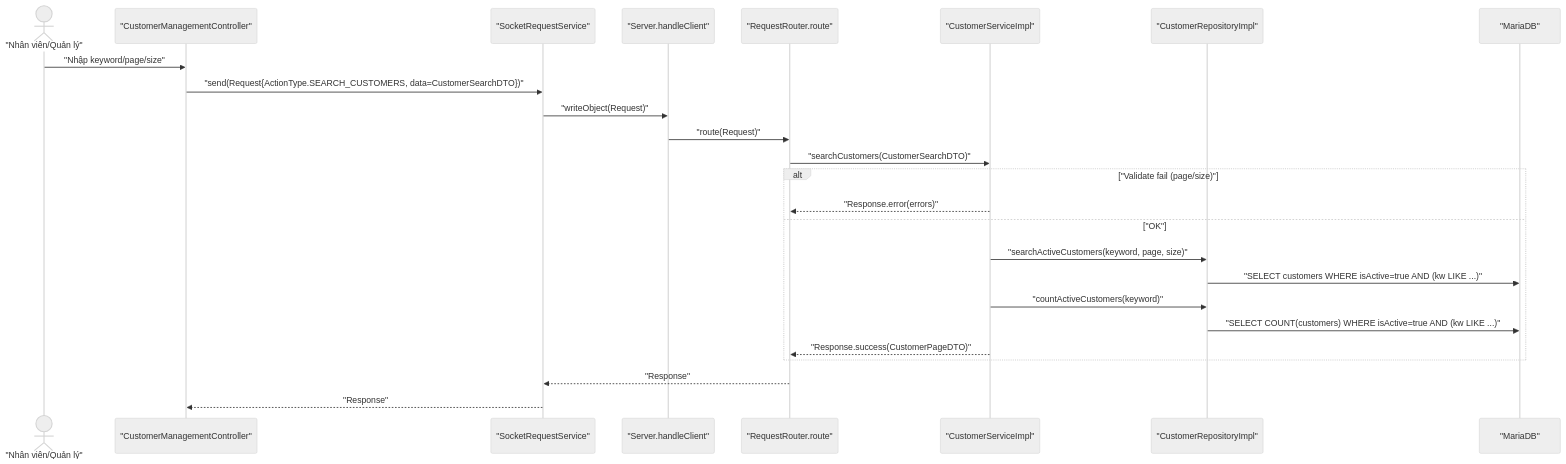
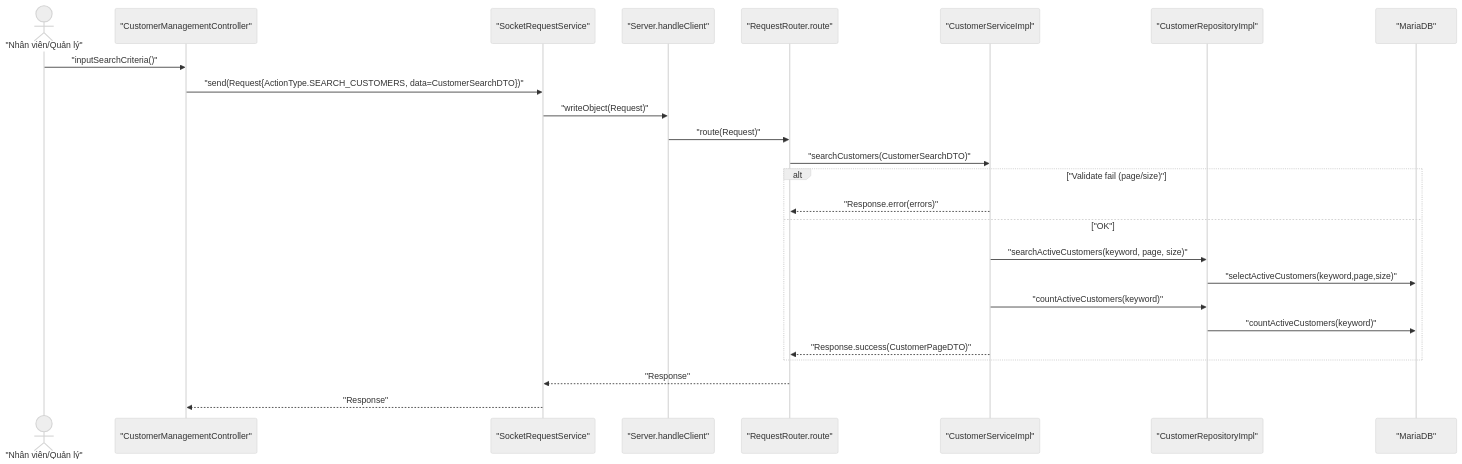
The diagram in docs/diagrams/sequence/uc004-tim-kiem-khach-hang.md (Distributed-Programing-Project/railway-reservation-system-server), drawn with Mermaid (neutral theme) before and after one commit. The commit also changed other lines of this file and 6 other files, not shown here.

Commit message:
fix: syntax diagram

````diff
--- a/docs/diagrams/sequence/uc004-tim-kiem-khach-hang.md
+++ b/docs/diagrams/sequence/uc004-tim-kiem-khach-hang.md
@@ -3,28 +3,28 @@
 ```mermaid
 sequenceDiagram
   actor User as "Nhân viên/Quản lý"
   participant UI as "CustomerManagementController"
   participant Socket as "SocketRequestService"
   participant Server as "Server.handleClient"
   participant Router as "RequestRouter.route"
   participant Svc as "CustomerServiceImpl"
   participant Repo as "CustomerRepositoryImpl"
   participant DB as "MariaDB"
 
-  User->>UI: "Nhập keyword/page/size"
+  User->>UI: "inputSearchCriteria()"
   UI->>Socket: "send(Request{ActionType.SEARCH_CUSTOMERS, data=CustomerSearchDTO})"
   Socket->>Server: "writeObject(Request)"
   Server->>Router: "route(Request)"
   Router->>Svc: "searchCustomers(CustomerSearchDTO)"
   alt "Validate fail (page/size)"
     Svc-->>Router: "Response.error(errors)"
   else "OK"
     Svc->>Repo: "searchActiveCustomers(keyword, page, size)"
-    Repo->>DB: "SELECT customers WHERE isActive=true AND (kw LIKE ...)"
+    Repo->>DB: "selectActiveCustomers(keyword,page,size)"
     Svc->>Repo: "countActiveCustomers(keyword)"
-    Repo->>DB: "SELECT COUNT(customers) WHERE isActive=true AND (kw LIKE ...)"
+    Repo->>DB: "countActiveCustomers(keyword)"
     Svc-->>Router: "Response.success(CustomerPageDTO)"
   end
   Router-->>Socket: "Response"
   Socket-->>UI: "Response"
 ```
````
